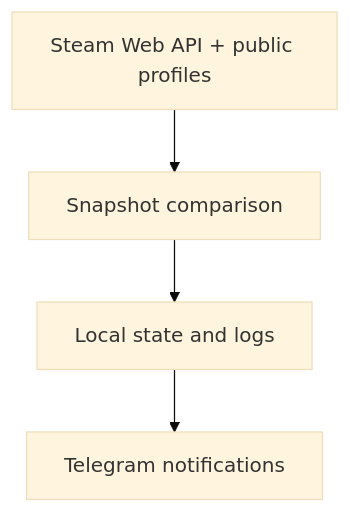
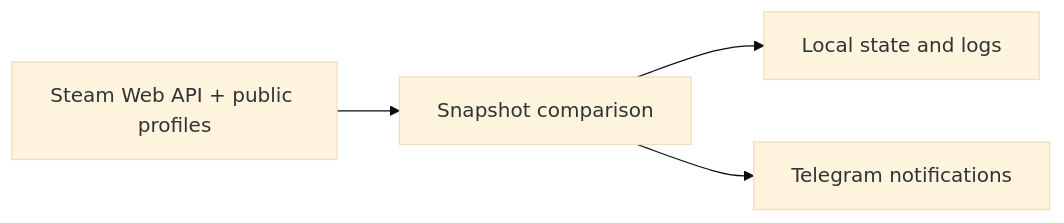
The diagram in README_EN.md (soroka01/Steam-Profile-Monitor), drawn with Mermaid (base theme) before and after one commit. The commit also changed other lines of this file and 1 other file, not shown here.

````diff
--- a/README_EN.md
+++ b/README_EN.md
@@ -72,6 +32,6 @@
 ```mermaid
-flowchart TD
+flowchart LR
     A["Steam Web API + public profiles"] --> B["Snapshot comparison"]
-    B["Snapshot comparison"] --> C["Local state and logs"]
-    C["Local state and logs"] --> D["Telegram notifications"]
+    B --> C["Local state and logs"]
+    B --> D["Telegram notifications"]
 ```
````
